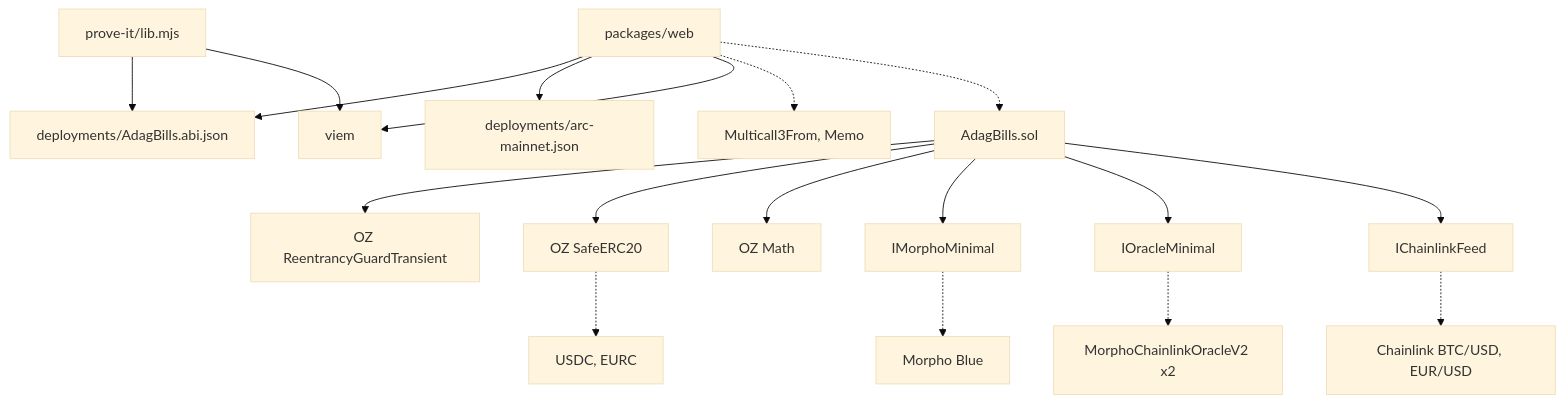
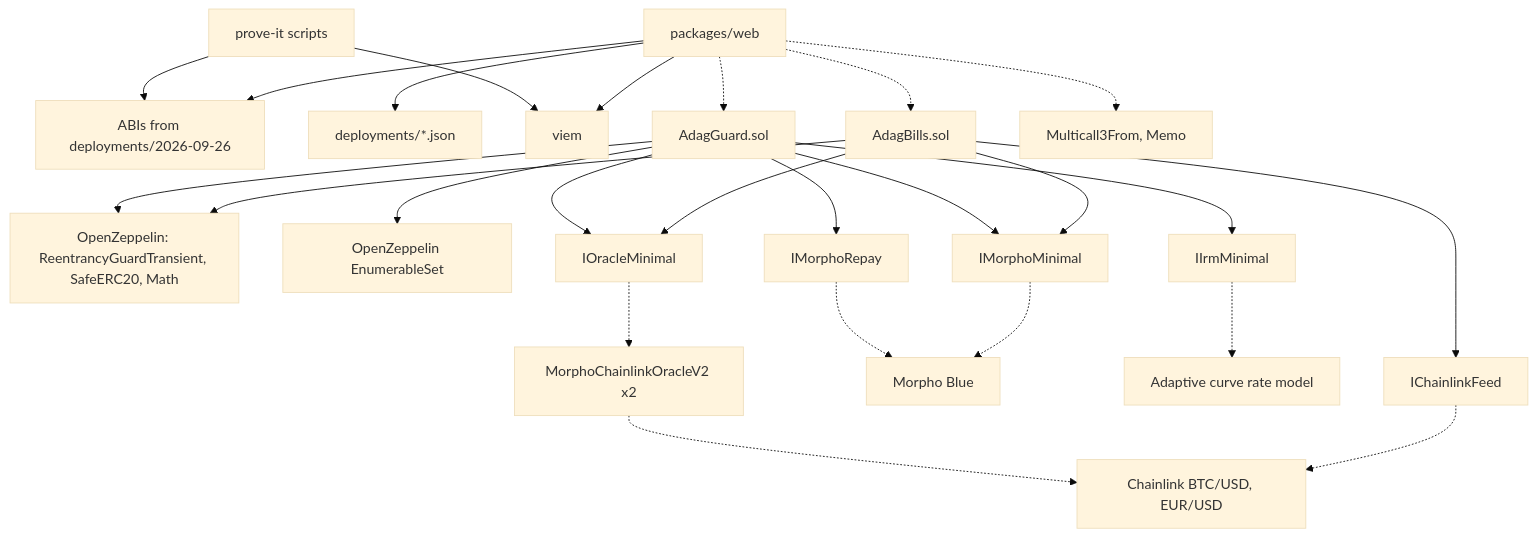
The third of 3 diagrams in ARCHITECTURE.md (ramakrishnanhulk20/Adag), drawn with Mermaid (base theme) before and after one commit. The commit also changed other lines of this file and 14 other files, not shown here.

First line of the commit message:
docs: three live contracts, guard, alerts, Safe

````diff
--- a/ARCHITECTURE.md
+++ b/ARCHITECTURE.md
@@ -111,20 +124,27 @@
 ```mermaid
 flowchart TD
-  Web["packages/web"] --> ABI["deployments/AdagBills.abi.json"]
-  Web --> Addr["deployments/arc-mainnet.json"]
+  Web["packages/web"] --> ABI["ABIs from deployments/2026-09-26"]
+  Web --> Addr["deployments/*.json"]
   Web --> Viem["viem"]
-  Prove["prove-it/lib.mjs"] --> ABI
+  Prove["prove-it scripts"] --> ABI
   Prove --> Viem
-  Adag["AdagBills.sol"] --> RG["OZ ReentrancyGuardTransient"]
-  Adag --> SE["OZ SafeERC20"]
-  Adag --> MA["OZ Math"]
+  Adag["AdagBills.sol"] --> OZ["OpenZeppelin: ReentrancyGuardTransient, SafeERC20, Math"]
+  Guard["AdagGuard.sol"] --> OZ
+  Guard --> ES["OpenZeppelin EnumerableSet"]
   Adag --> IM["IMorphoMinimal"]
   Adag --> IO["IOracleMinimal"]
   Adag --> IC["IChainlinkFeed"]
+  Guard --> IM
+  Guard --> IR["IMorphoRepay"]
+  Guard --> II["IIrmMinimal"]
+  Guard --> IO
   IM -.-> Morpho["Morpho Blue"]
+  IR -.-> Morpho
+  II -.-> IRM["Adaptive curve rate model"]
   IO -.-> Oracles["MorphoChainlinkOracleV2 x2"]
   IC -.-> Feeds["Chainlink BTC/USD, EUR/USD"]
-  SE -.-> Tokens["USDC, EURC"]
+  Oracles -.-> Feeds
   Web -.-> Arc["Multicall3From, Memo"]
   Web -.-> Adag
+  Web -.-> Guard
 ```
````
